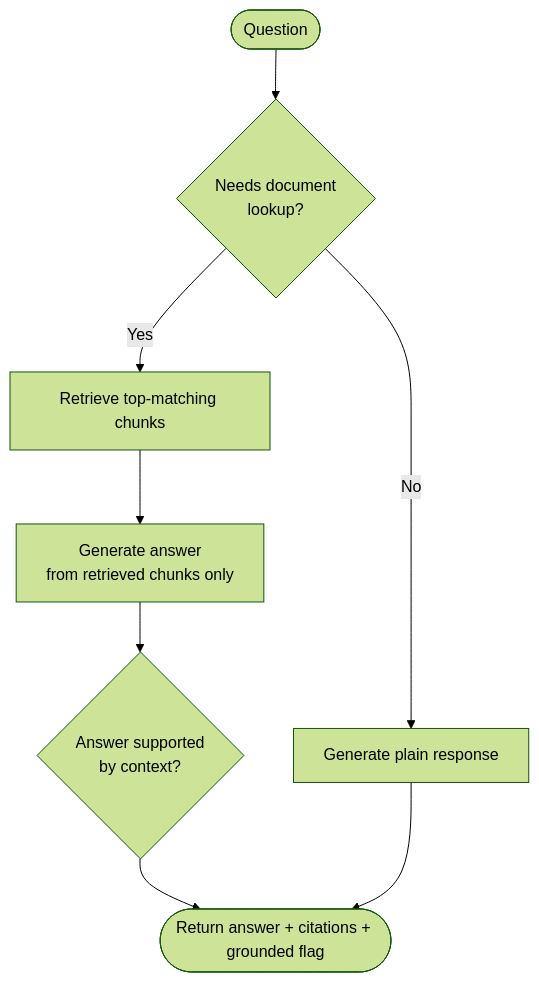
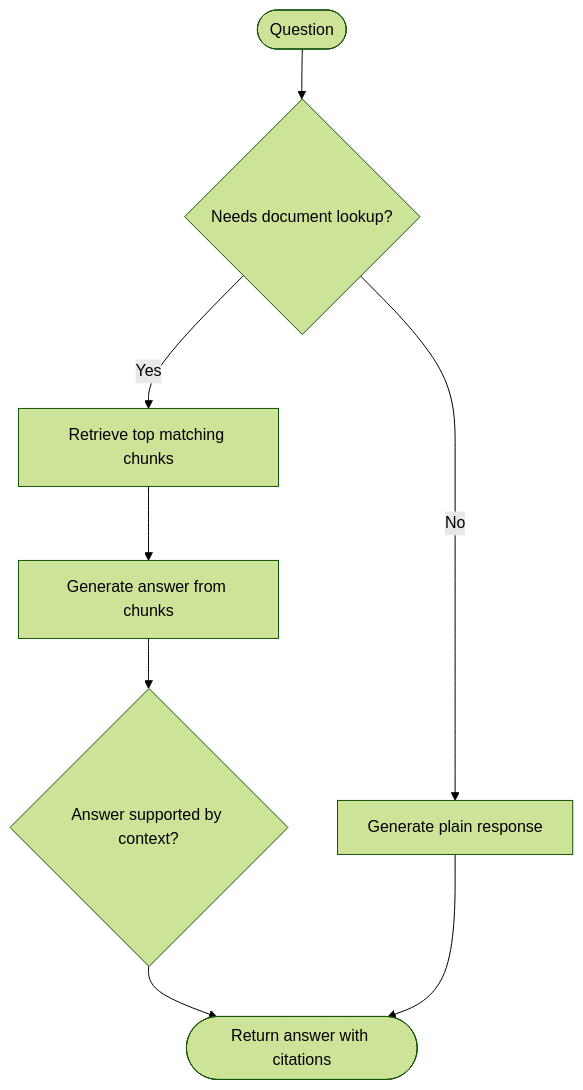
The second of 3 diagrams in README.md (Shifal/rag-knowledge-api), drawn with Mermaid (forest theme) before and after one commit. The commit also changed other lines of this file, not shown here.

````diff
--- a/README.md
+++ b/README.md
@@ -43,10 +40,10 @@
 ```mermaid
 flowchart TD
-    Q([Question]) --> Router{Needs document<br/>lookup?}
+    Q([Question]) --> Router{Needs document lookup?}
     Router -- No --> General[Generate plain response]
-    Router -- Yes --> Retrieve[Retrieve top-matching chunks]
-    Retrieve --> Generate[Generate answer<br/>from retrieved chunks only]
-    Generate --> Verify{Answer supported<br/>by context?}
-    Verify --> Result([Return answer + citations + grounded flag])
+    Router -- Yes --> Retrieve[Retrieve top matching chunks]
+    Retrieve --> Generate[Generate answer from chunks]
+    Generate --> Verify{Answer supported by context?}
+    Verify --> Result([Return answer with citations])
     General --> Result
 ```
````
